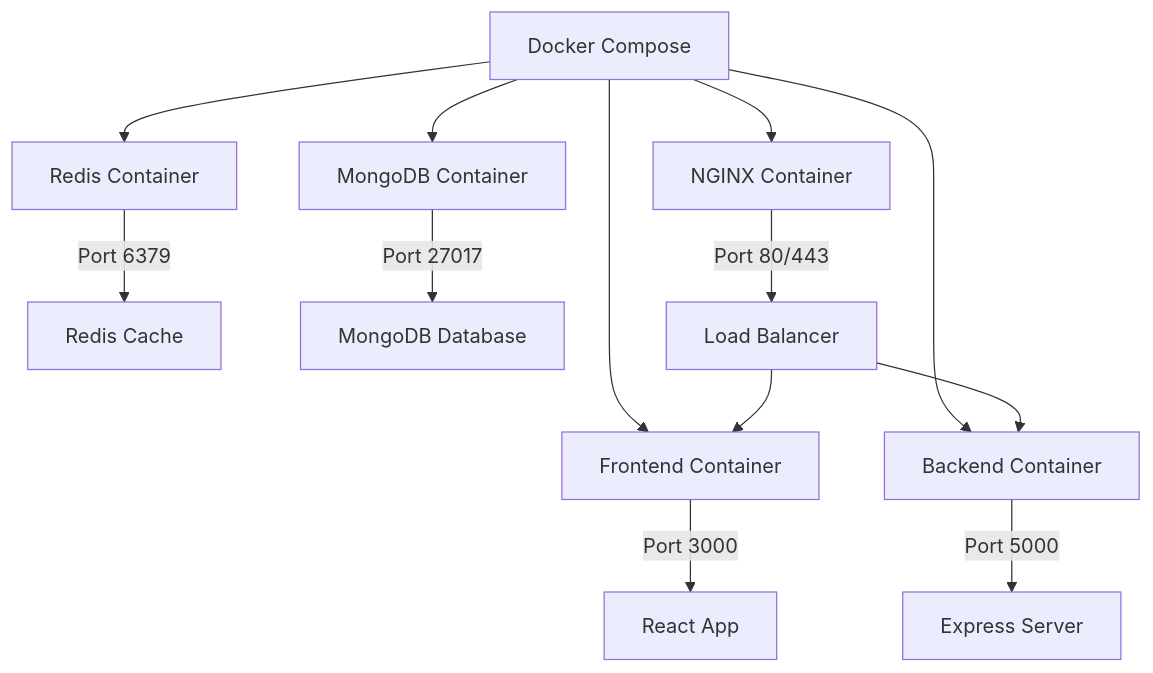
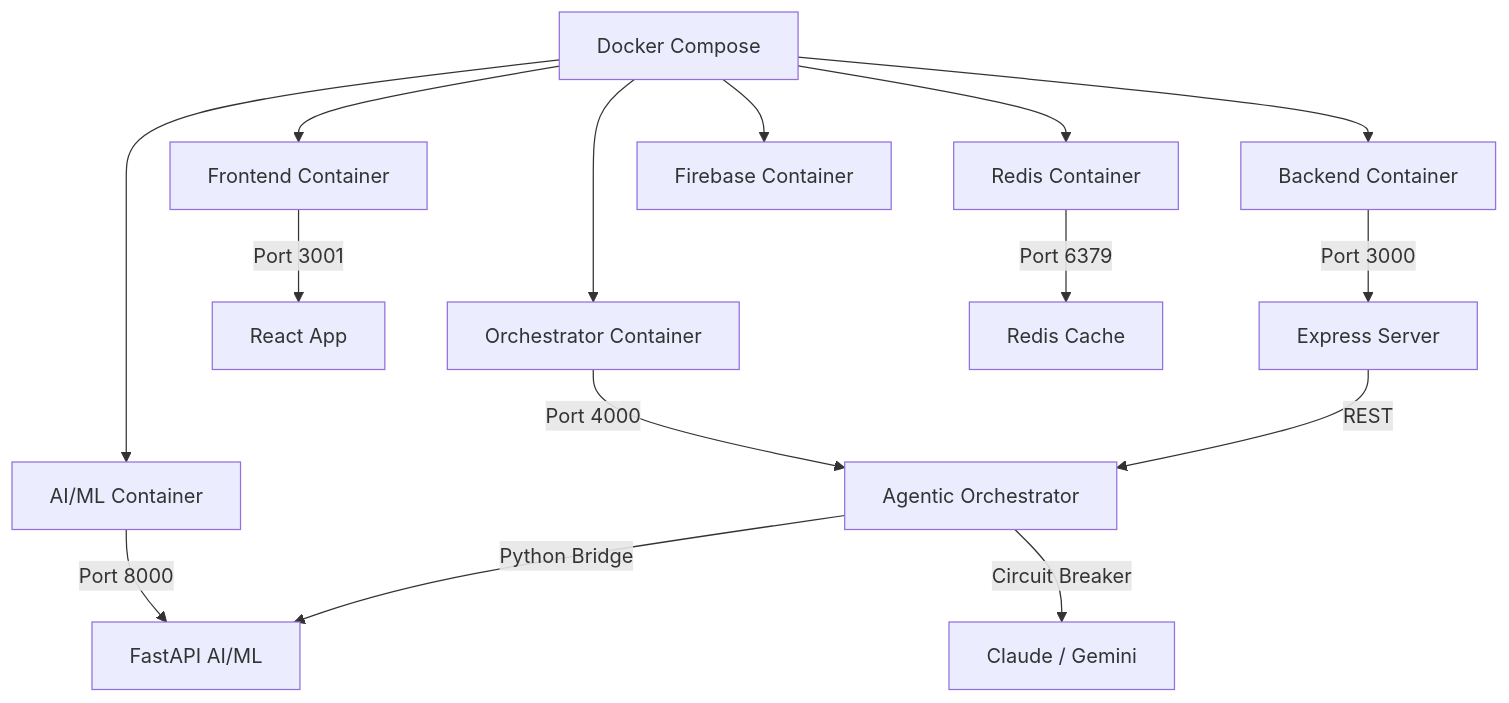
Before and after one commit to Derek-miranda/DocuThinker-AI: the third of 5 diagrams in README.md, drawn with Mermaid. The commit also changed other lines of this file and 57 other files, not shown here.

First line of the commit message:
feat(orchestrator): add agentic architecture templates, orchestration modules, and infra configs for multi-agent workflow

````diff
--- a/README.md
+++ b/README.md
@@ -939,15 +1054,17 @@
 ```mermaid
 graph TB
     A[Docker Compose] --> B[Frontend Container]
     A --> C[Backend Container]
+    A --> O[Orchestrator Container]
+    A --> ML[AI/ML Container]
     A --> D[Redis Container]
-    A --> E[MongoDB Container]
-    A --> F[NGINX Container]
-    B -->|Port 3000| G[React App]
-    C -->|Port 5000| H[Express Server]
-    D -->|Port 6379| I[Redis Cache]
-    E -->|Port 27017| J[MongoDB Database]
-    F -->|Port 80/443| K[Load Balancer]
-    K --> B
-    K --> C
+    A --> F[Firebase Container]
+    B -->|Port 3001| G[React App]
+    C -->|Port 3000| H[Express Server]
+    O -->|Port 4000| I[Agentic Orchestrator]
+    ML -->|Port 8000| J[FastAPI AI/ML]
+    D -->|Port 6379| K[Redis Cache]
+    I -->|Python Bridge| J
+    I -->|Circuit Breaker| L[Claude / Gemini]
+    H -->|REST| I
 ```
````
